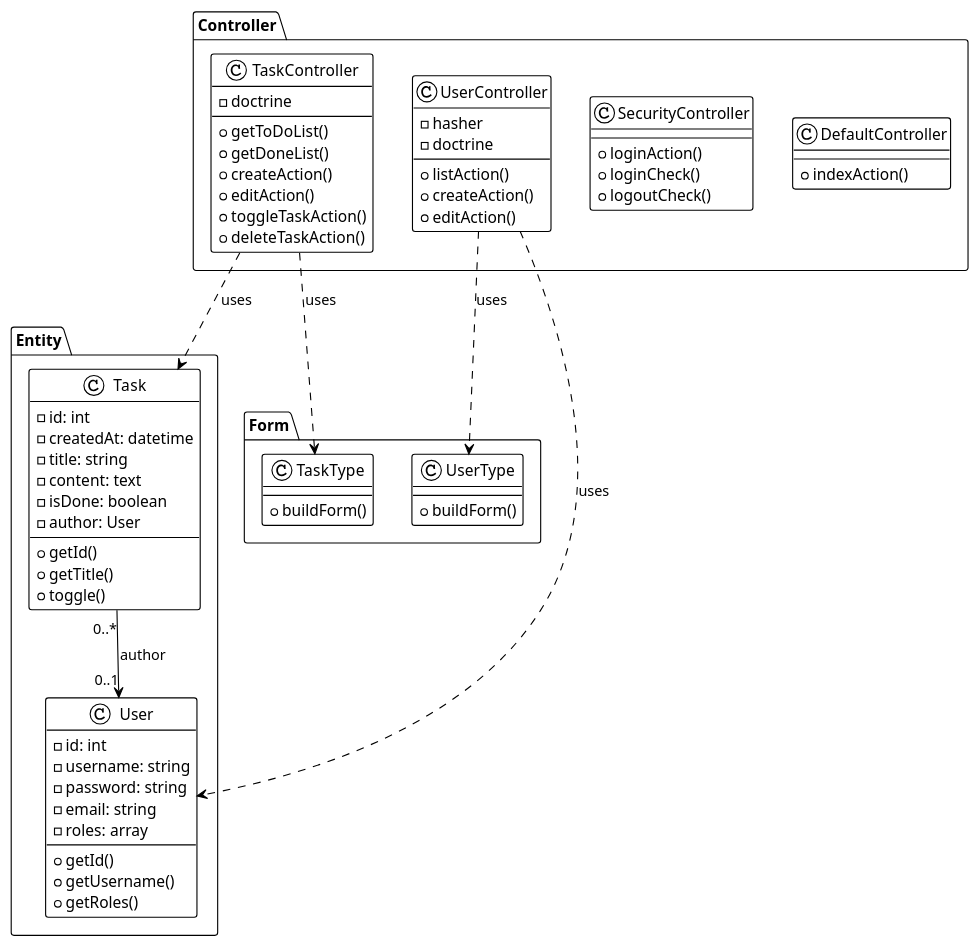
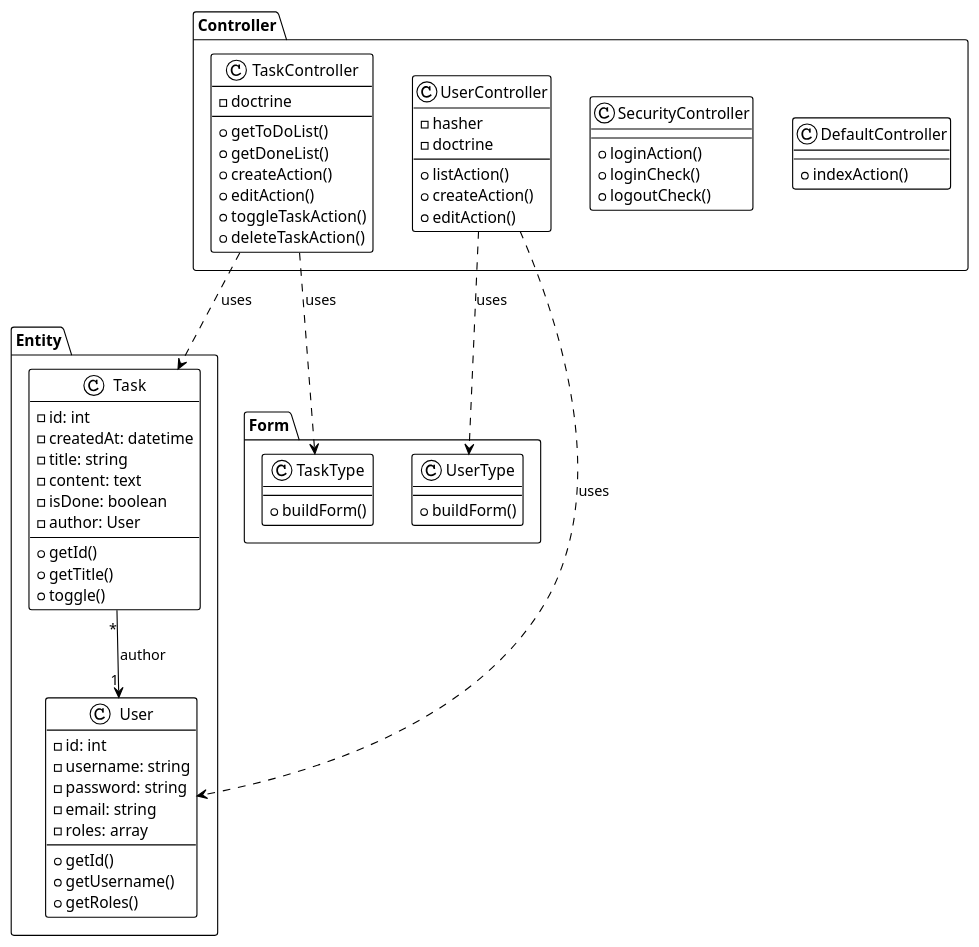
The diagram in diagrammes/class_diagram.puml (Raphael-Marchese/Projet8---TodoList), drawn with PlantUML before and after one commit. The commit also changed 2 other files, not shown here.

```diff
--- a/diagrammes/class_diagram.puml
+++ b/diagrammes/class_diagram.puml
@@ -1,75 +1,75 @@
 @startuml
 !theme plain
 
 package "Controller" {
     class DefaultController {
         +indexAction()
     }
 
     class SecurityController {
         +loginAction()
         +loginCheck()
         +logoutCheck()
     }
 
     class TaskController {
         -doctrine
         +getToDoList()
         +getDoneList()
         +createAction()
         +editAction()
         +toggleTaskAction()
         +deleteTaskAction()
     }
 
     class UserController {
         -hasher
         -doctrine
         +listAction()
         +createAction()
         +editAction()
     }
 }
 
 package "Entity" {
     class User {
         -id: int
         -username: string
         -password: string
         -email: string
         -roles: array
         +getId()
         +getUsername()
         +getRoles()
     }
 
     class Task {
         -id: int
         -createdAt: datetime
         -title: string
         -content: text
         -isDone: boolean
         -author: User
         +getId()
         +getTitle()
         +toggle()
     }
 }
 
 package "Form" {
     class TaskType {
         +buildForm()
     }
 
     class UserType {
         +buildForm()
     }
 }
 
 TaskController ..> Task : uses
 TaskController ..> TaskType : uses
 UserController ..> User : uses
 UserController ..> UserType : uses
-Task "0..*" --> "0..1" User : author
+Task "*" --> "1" User : author
 
 @enduml
```
